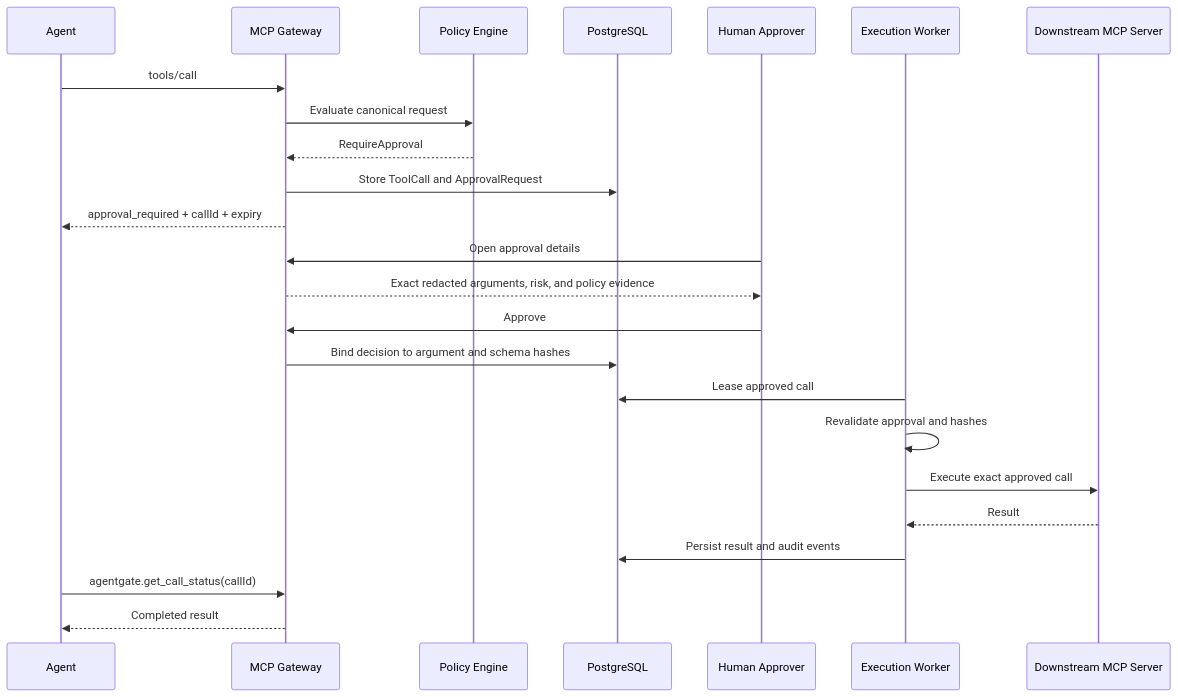
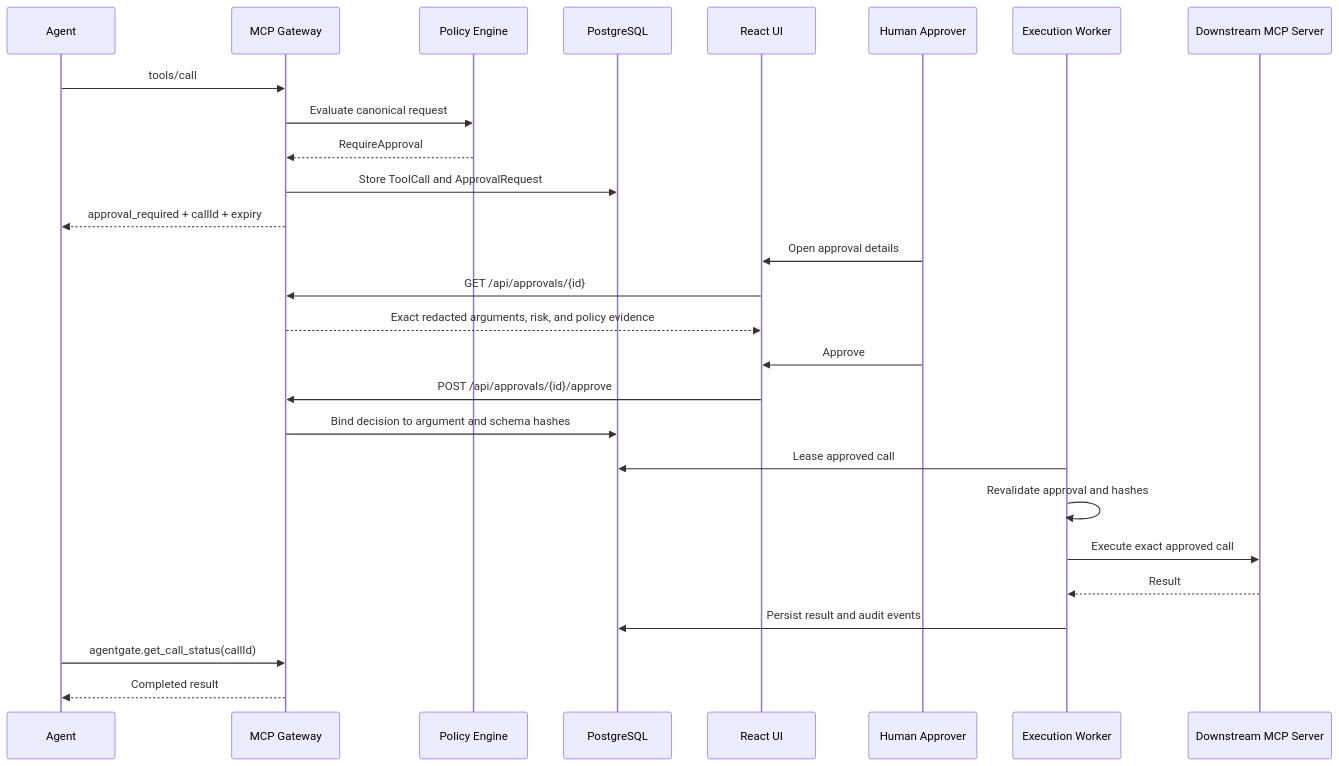
Before and after one commit to Aseel-Sh/AgentGate-MCP: the third of 4 diagrams in docs/architecture.md, drawn with Mermaid. The commit also changed other lines of this file, not shown here.

Commit message:
docs: define React frontend architecture

````diff
--- a/docs/architecture.md
+++ b/docs/architecture.md
@@ -118,30 +193,33 @@
 ```mermaid
 sequenceDiagram
     participant A as Agent
     participant G as MCP Gateway
     participant P as Policy Engine
     participant DB as PostgreSQL
+    participant R as React UI
     participant H as Human Approver
     participant W as Execution Worker
     participant S as Downstream MCP Server
 
     A->>G: tools/call
     G->>P: Evaluate canonical request
     P-->>G: RequireApproval
     G->>DB: Store ToolCall and ApprovalRequest
     G-->>A: approval_required + callId + expiry
 
-    H->>G: Open approval details
-    G-->>H: Exact redacted arguments, risk, and policy evidence
-    H->>G: Approve
+    H->>R: Open approval details
+    R->>G: GET /api/approvals/{id}
+    G-->>R: Exact redacted arguments, risk, and policy evidence
+    H->>R: Approve
+    R->>G: POST /api/approvals/{id}/approve
     G->>DB: Bind decision to argument and schema hashes
 
     W->>DB: Lease approved call
     W->>W: Revalidate approval and hashes
     W->>S: Execute exact approved call
     S-->>W: Result
     W->>DB: Persist result and audit events
 
     A->>G: agentgate.get_call_status(callId)
     G-->>A: Completed result
 ```
````
